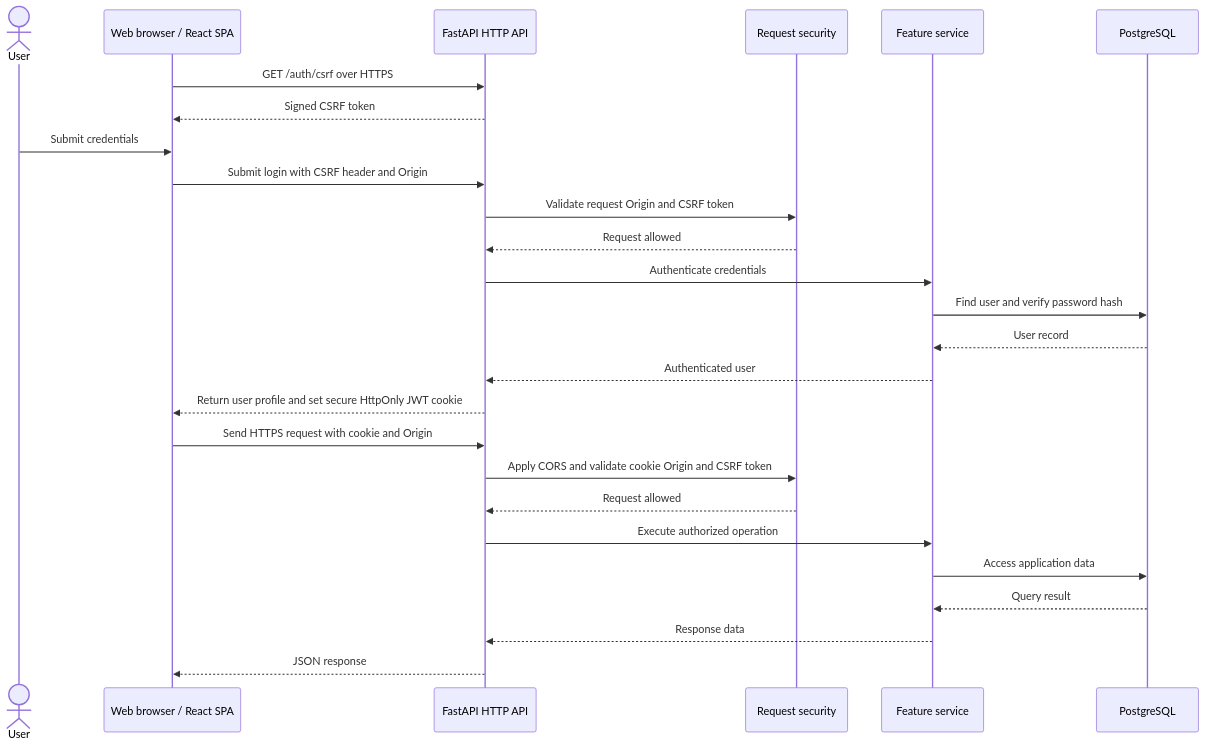
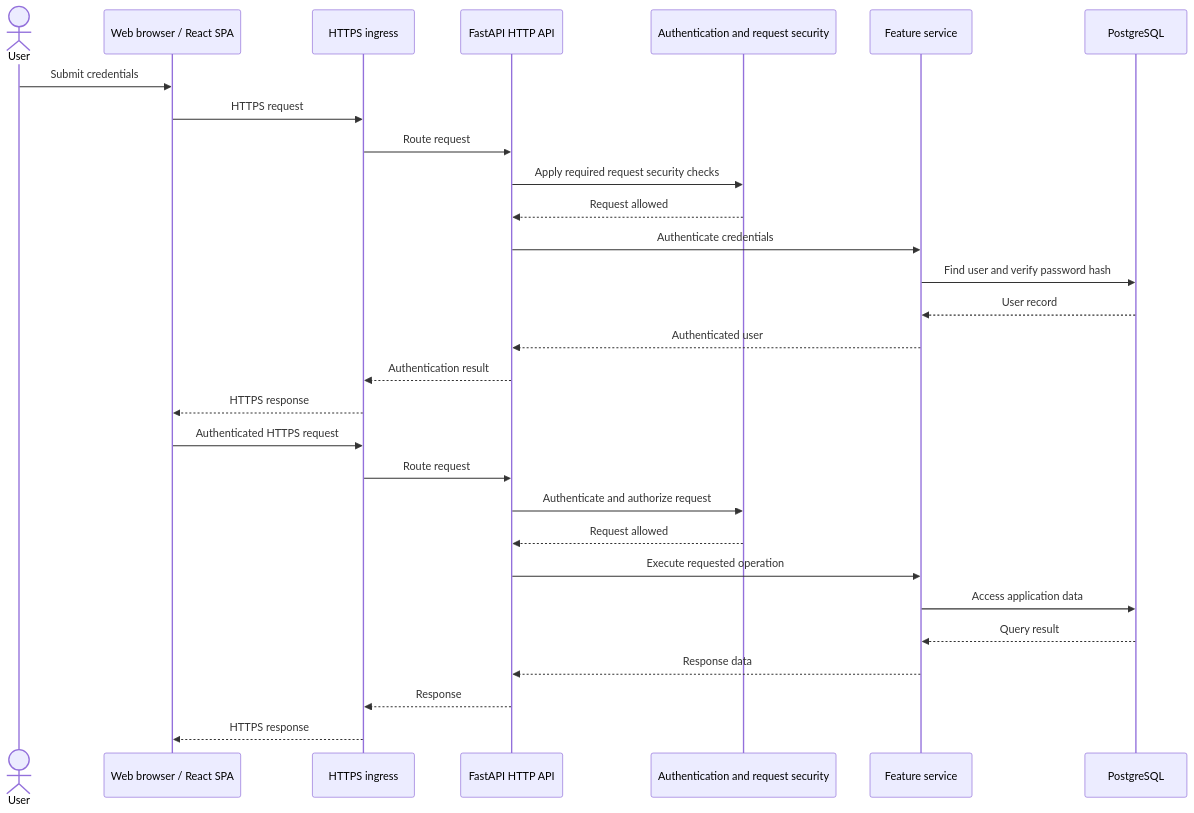
Before and after one commit to MateDawid/EnglishAITutor: the third of 4 diagrams in docs/architecture.md, drawn with Mermaid. The commit also changed other lines of this file and 1 other file, not shown here.

Commit message:
Final architecture

````diff
--- a/docs/architecture.md
+++ b/docs/architecture.md
@@ -401,29 +277,32 @@
 ```mermaid
 sequenceDiagram
     actor User
     participant Browser as Web browser / React SPA
+    participant Ingress as HTTPS ingress
     participant API as FastAPI HTTP API
-    participant Security as Request security
+    participant Security as Authentication and request security
     participant Service as Feature service
     participant DB as PostgreSQL
 
-    Browser->>API: GET /auth/csrf over HTTPS
-    API-->>Browser: Signed CSRF token
     User->>Browser: Submit credentials
-    Browser->>API: Submit login with CSRF header and Origin
-    API->>Security: Validate request Origin and CSRF token
+    Browser->>Ingress: HTTPS request
+    Ingress->>API: Route request
+    API->>Security: Apply required request security checks
     Security-->>API: Request allowed
     API->>Service: Authenticate credentials
     Service->>DB: Find user and verify password hash
     DB-->>Service: User record
     Service-->>API: Authenticated user
-    API-->>Browser: Return user profile and set secure HttpOnly JWT cookie
-    Browser->>API: Send HTTPS request with cookie and Origin
-    API->>Security: Apply CORS and validate cookie Origin and CSRF token
+    API-->>Ingress: Authentication result
+    Ingress-->>Browser: HTTPS response
+    Browser->>Ingress: Authenticated HTTPS request
+    Ingress->>API: Route request
+    API->>Security: Authenticate and authorize request
     Security-->>API: Request allowed
-    API->>Service: Execute authorized operation
+    API->>Service: Execute requested operation
     Service->>DB: Access application data
     DB-->>Service: Query result
     Service-->>API: Response data
-    API-->>Browser: JSON response
+    API-->>Ingress: Response
+    Ingress-->>Browser: HTTPS response
 ```
````
